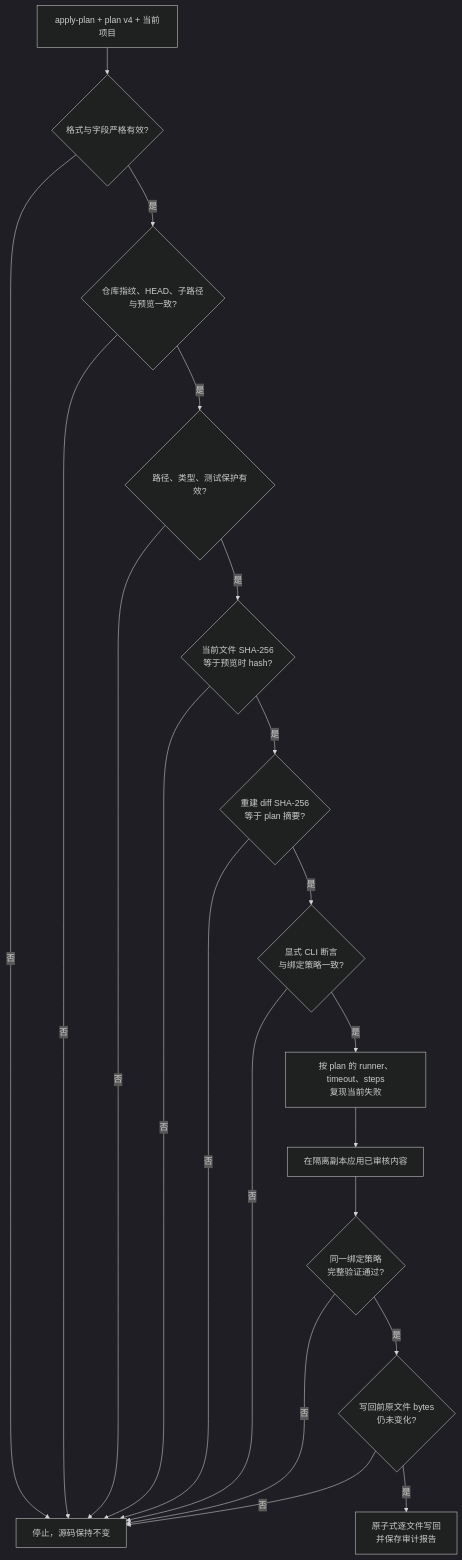
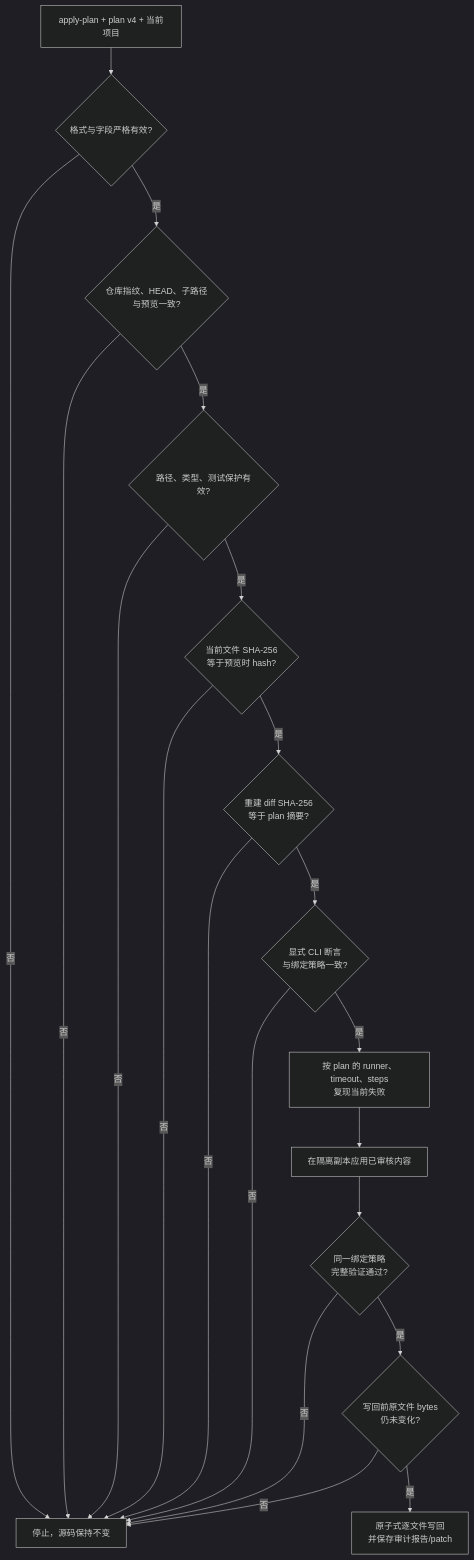
The sixth of 8 diagrams in docs/ARCHITECTURE_ZH.md (zhanghl-learner/docker-ollama-autofix), drawn with Mermaid (dark theme) before and after one commit. The commit also changed other lines of this file and 14 other files, not shown here.

````diff
--- a/docs/ARCHITECTURE_ZH.md
+++ b/docs/ARCHITECTURE_ZH.md
@@ -552,36 +558,36 @@
 ```mermaid
 flowchart TD
     INPUT[apply-plan + plan v4 + 当前项目]
     SCHEMA{格式与字段严格有效?}
     PROVENANCE{仓库指纹、HEAD、子路径<br/>与预览一致?}
     PATHS{路径、类型、测试保护有效?}
     HASH{当前文件 SHA-256<br/>等于预览时 hash?}
     DIFF{重建 diff SHA-256<br/>等于 plan 摘要?}
     ASSERT{显式 CLI 断言<br/>与绑定策略一致?}
     INITIAL[按 plan 的 runner、timeout、steps<br/>复现当前失败]
     APPLY[在隔离副本应用已审核内容]
     VERIFY{同一绑定策略<br/>完整验证通过?}
     RACE{写回前原文件 bytes<br/>仍未变化?}
-    COMMIT[原子式逐文件写回<br/>并保存审计报告]
+    WRITEBACK[原子式逐文件写回<br/>并保存审计报告/patch]
     STOP[停止，源码保持不变]
 
     INPUT --> SCHEMA
     SCHEMA -->|否| STOP
     SCHEMA -->|是| PROVENANCE
     PROVENANCE -->|否| STOP
     PROVENANCE -->|是| PATHS
     PATHS -->|否| STOP
     PATHS -->|是| HASH
     HASH -->|否| STOP
     HASH -->|是| DIFF
     DIFF -->|否| STOP
     DIFF -->|是| ASSERT
     ASSERT -->|否| STOP
     ASSERT -->|是| INITIAL
     INITIAL --> APPLY
     APPLY --> VERIFY
     VERIFY -->|否| STOP
     VERIFY -->|是| RACE
     RACE -->|否| STOP
-    RACE -->|是| COMMIT
+    RACE -->|是| WRITEBACK
 ```
````
